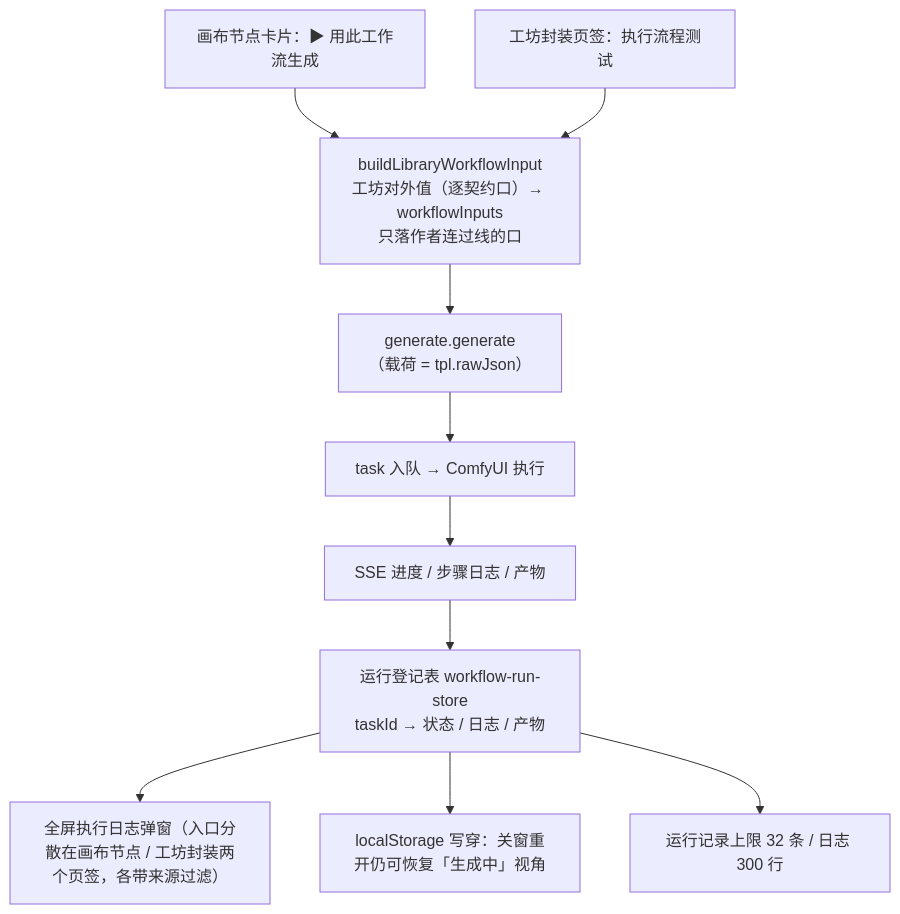
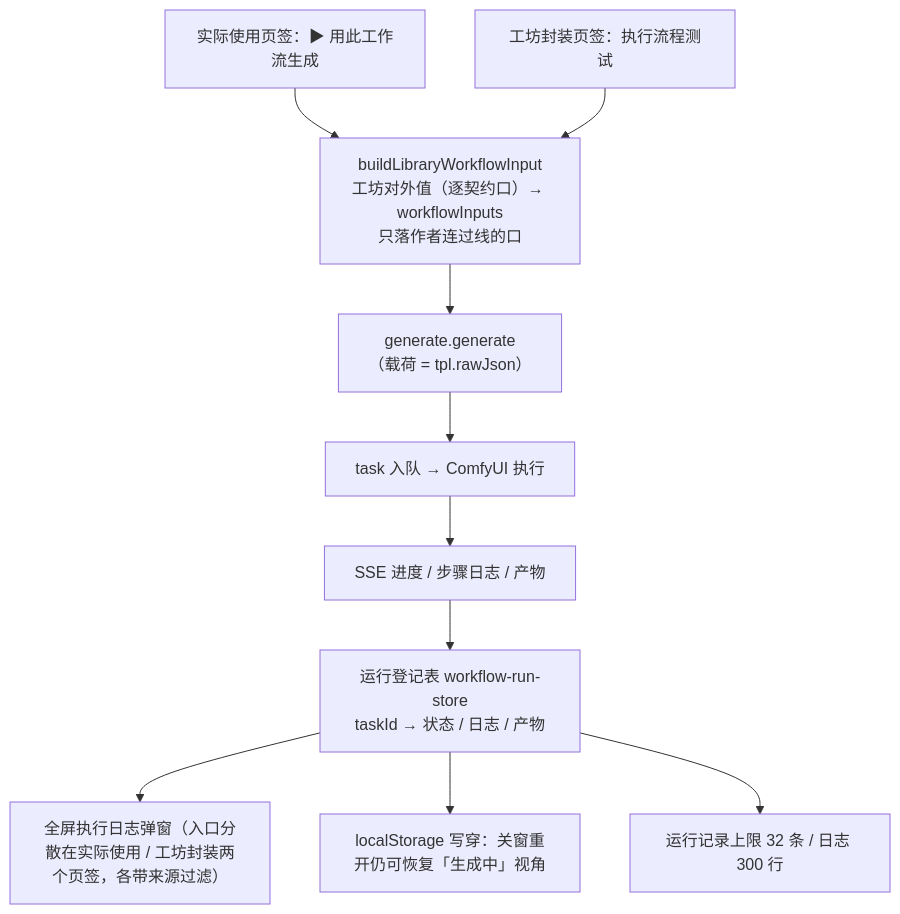
Before and after one commit to wuxianyuedu/comfy-app: the eighth of 9 diagrams in docs/guides/feature-workflow-library-flow.md, drawn with Mermaid. The commit also changed other lines of this file and 8 other files, not shown here.

First line of the commit message:
docs(workflow-library): 流程图 §5 改详情四页签现状，页签名与运行入口同步 (#2423)

````diff
--- a/docs/guides/feature-workflow-library-flow.md
+++ b/docs/guides/feature-workflow-library-flow.md
@@ -233,12 +257,12 @@
 ```mermaid
 flowchart TD
-  E1["画布节点卡片：▶ 用此工作流生成"] --> BUILD
+  E1["实际使用页签：▶ 用此工作流生成"] --> BUILD
   E2["工坊封装页签：执行流程测试"] --> BUILD
   BUILD["buildLibraryWorkflowInput<br/>工坊对外值（逐契约口）→ workflowInputs<br/>只落作者连过线的口"] --> GEN["generate.generate<br/>（载荷 = tpl.rawJson）"]
   GEN --> TASK["task 入队 → ComfyUI 执行"]
   TASK --> SSE["SSE 进度 / 步骤日志 / 产物"]
   SSE --> REG["运行登记表 workflow-run-store<br/>taskId → 状态 / 日志 / 产物"]
-  REG --> MODAL["全屏执行日志弹窗（入口分散在画布节点 / 工坊封装两个页签，各带来源过滤）"]
+  REG --> MODAL["全屏执行日志弹窗（入口分散在实际使用 / 工坊封装两个页签，各带来源过滤）"]
   REG --> LS["localStorage 写穿：关窗重开仍可恢复「生成中」视角"]
   REG --> R3["运行记录上限 32 条 / 日志 300 行"]
 ```
````
